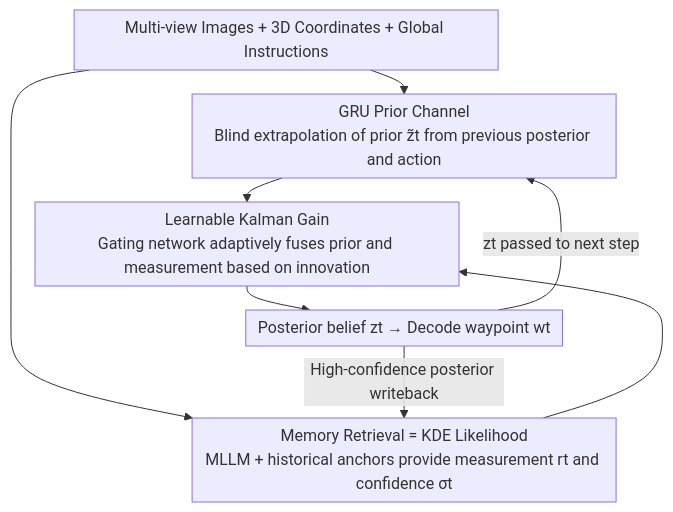
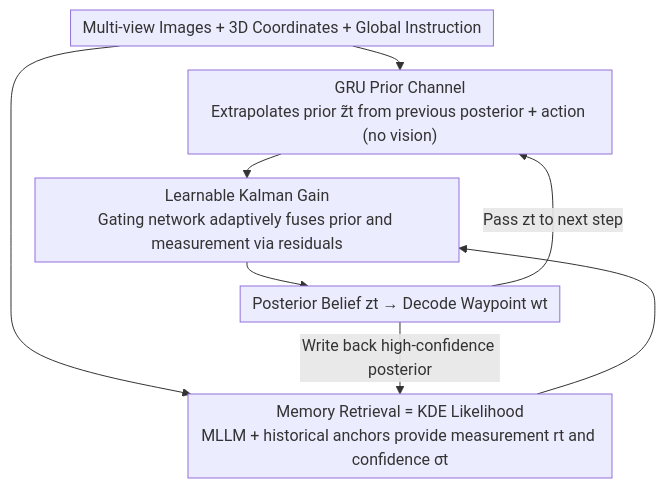
Before and after one commit to zhaoyang97/Paper-Notes-en: the diagram in docs/ICML2026/autonomous_driving/mitigating_error_accumulation_in_continuous_navigation_via_memory-augmented_kalm.md, drawn with Mermaid. The commit also changed other lines of this file and 5084 other files, not shown here.

````diff
--- a/docs/ICML2026/autonomous_driving/mitigating_error_accumulation_in_continuous_navigation_via_memory-augmented_kalm.md
+++ b/docs/ICML2026/autonomous_driving/mitigating_error_accumulation_in_continuous_navigation_via_memory-augmented_kalm.md
@@ -42,11 +42,11 @@
 ```mermaid
 %%{init: {'flowchart': {'rankSpacing': 24, 'nodeSpacing': 28, 'padding': 6, 'wrappingWidth': 400}}}%%
 flowchart TD
-    I["Multi-view Images + 3D Coordinates + Global Instructions"] --> G["GRU Prior Channel<br/>Blind extrapolation of prior z̃t from previous posterior and action"]
+    I["Multi-view Images + 3D Coordinates + Global Instruction"] --> G["GRU Prior Channel<br/>Extrapolates prior z̃t from previous posterior + action (no vision)"]
     I --> R["Memory Retrieval = KDE Likelihood<br/>MLLM + historical anchors provide measurement rt and confidence σt"]
-    G --> K["Learnable Kalman Gain<br/>Gating network adaptively fuses prior and measurement based on innovation"]
+    G --> K["Learnable Kalman Gain<br/>Gating network adaptively fuses prior and measurement via residuals"]
     R --> K
-    K --> Z["Posterior belief zt → Decode waypoint wt"]
-    Z -->|High-confidence posterior writeback| R
-    Z -->|zt passed to next step| G
+    K --> Z["Posterior Belief zt → Decode Waypoint wt"]
+    Z -->|Write back high-confidence posterior| R
+    Z -->|Pass zt to next step| G
 ```
````
